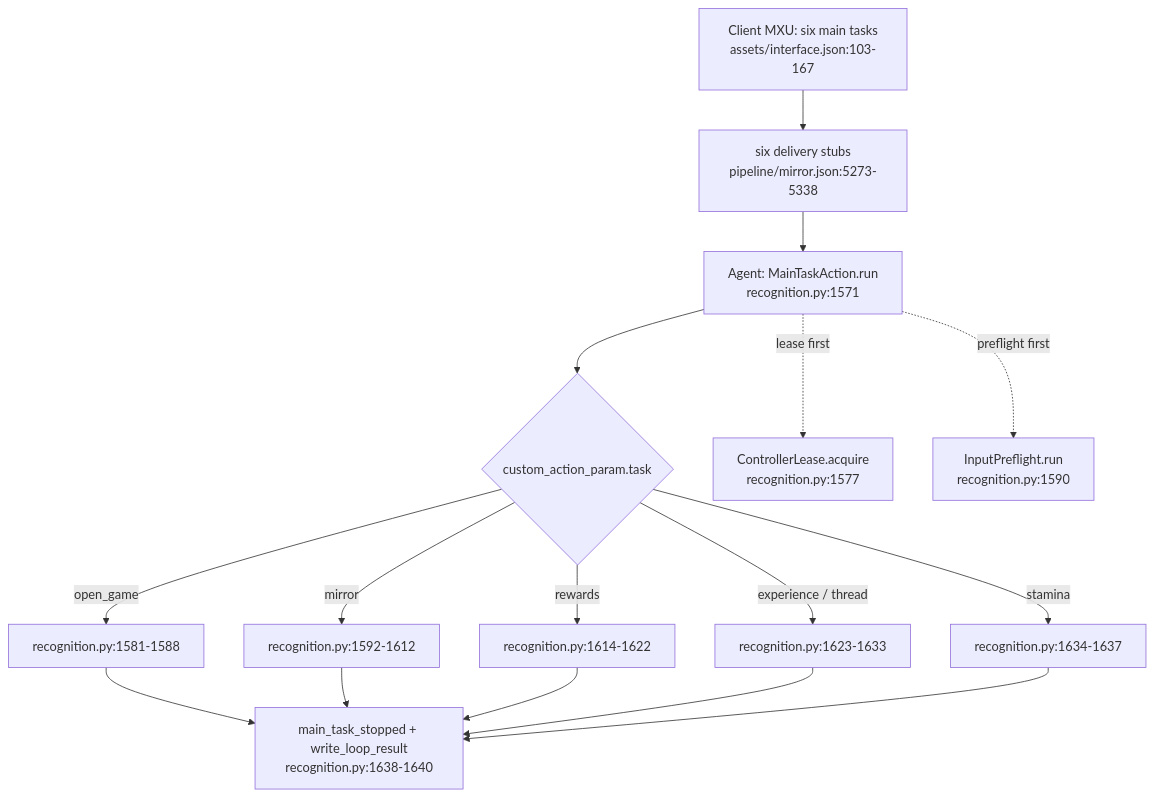
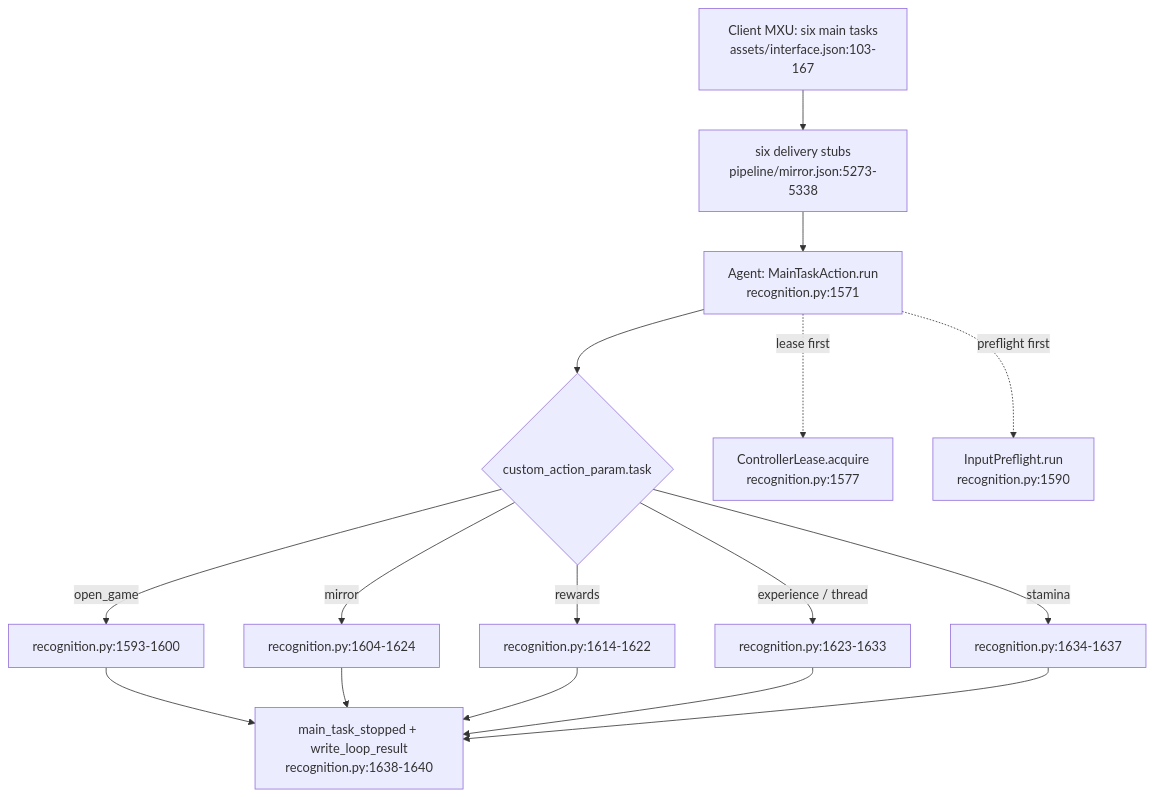
The second of 18 diagrams in docs/wiki/en_us/4-business-flows.md (sairaisaika/MaaLimbus), drawn with Mermaid before and after one commit. The commit also changed other lines of this file and 7 other files, not shown here.

````diff
--- a/docs/wiki/en_us/4-business-flows.md
+++ b/docs/wiki/en_us/4-business-flows.md
@@ -65,18 +65,18 @@
 ```mermaid
 flowchart TD
   U["Client MXU: six main tasks<br/>assets/interface.json:103-167"] --> N["six delivery stubs<br/>pipeline/mirror.json:5273-5338"]
   N --> A["Agent: MainTaskAction.run<br/>recognition.py:1571"]
   A --> T{"custom_action_param.task"}
-  T -->|open_game| OG["recognition.py:1581-1588"]
-  T -->|mirror| MI["recognition.py:1592-1612"]
+  T -->|open_game| OG["recognition.py:1593-1600"]
+  T -->|mirror| MI["recognition.py:1604-1624"]
   T -->|rewards| RE["recognition.py:1614-1622"]
   T -->|experience / thread| LX["recognition.py:1623-1633"]
   T -->|stamina| ST["recognition.py:1634-1637"]
   A -. "lease first" .-> L["ControllerLease.acquire<br/>recognition.py:1577"]
   A -. "preflight first" .-> PF["InputPreflight.run<br/>recognition.py:1590"]
   OG --> E["main_task_stopped + write_loop_result<br/>recognition.py:1638-1640"]
   MI --> E
   RE --> E
   LX --> E
   ST --> E
 ```
````
